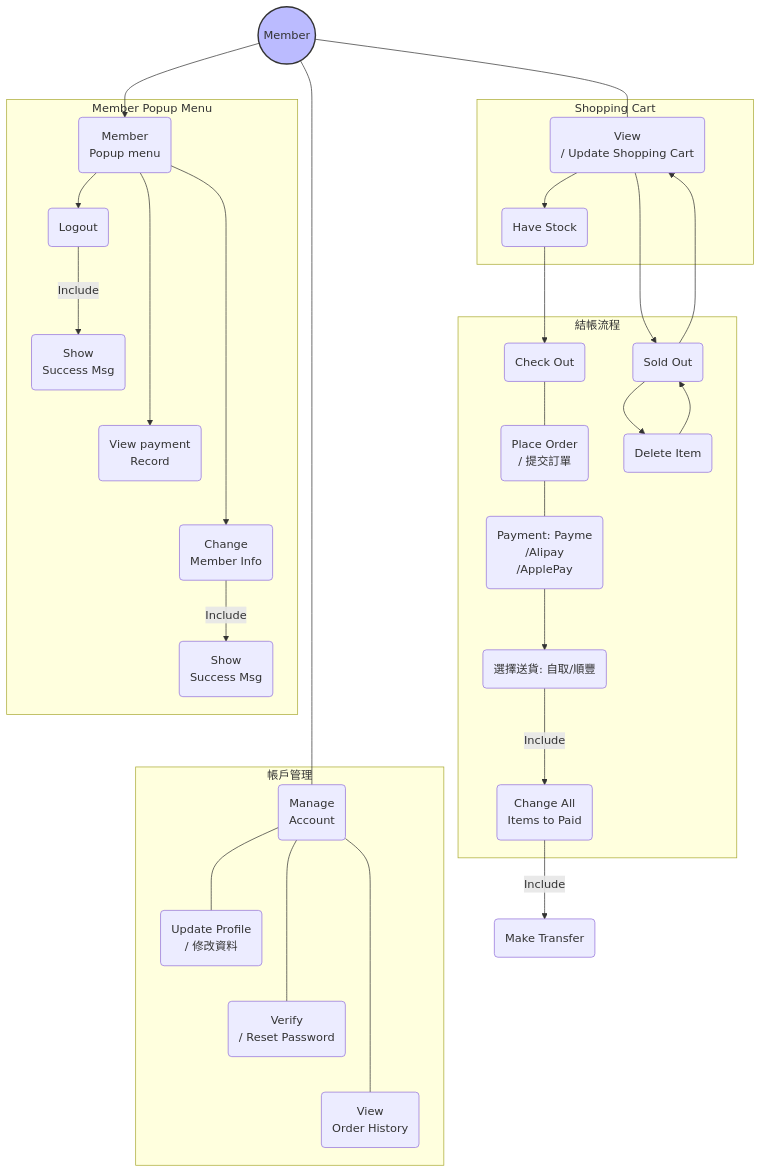
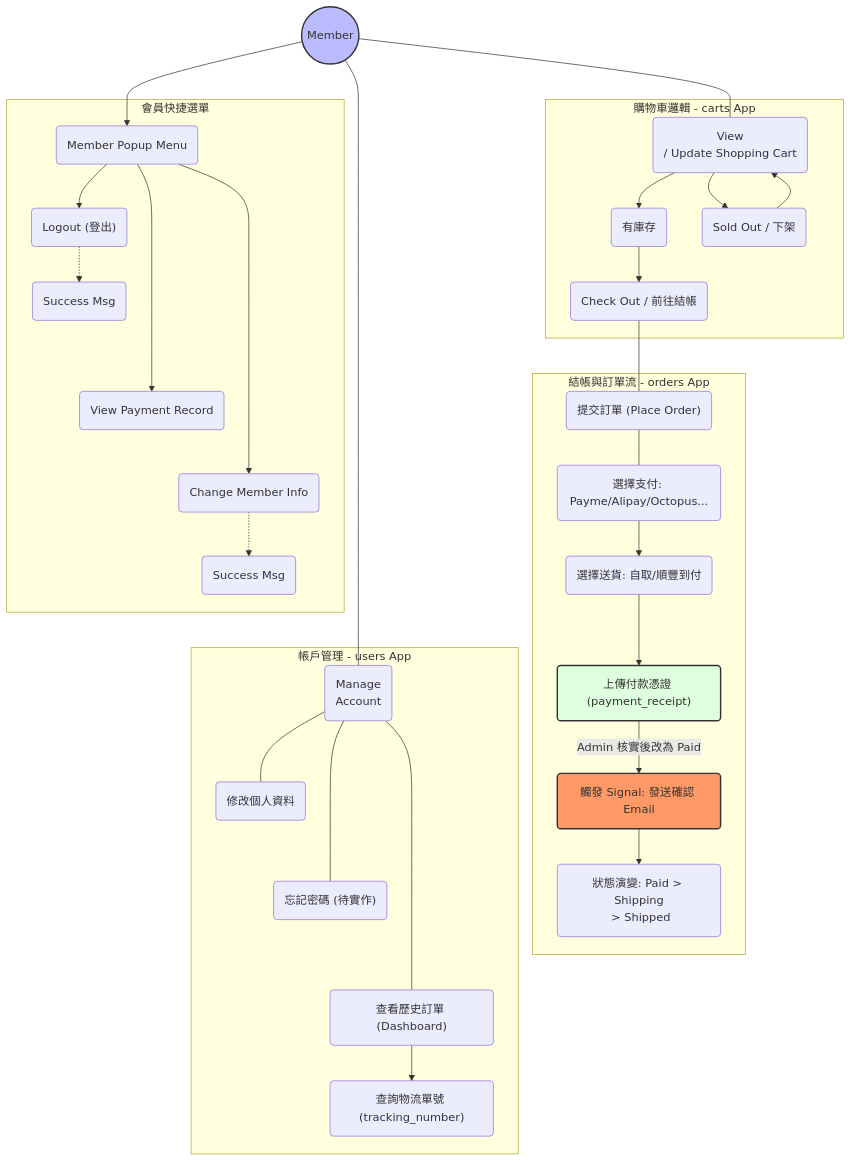
One commit to OscarLoOscar/django_ecommerce changed the third of 8 diagrams in python_django_project/UML_of_e-commerce.md. Above: the diagram before and after it, drawn with Mermaid. The commit also changed other lines of this file and 10 other files, not shown here.

Commit message:
update UML ,README

````diff
--- a/python_django_project/UML_of_e-commerce.md
+++ b/python_django_project/UML_of_e-commerce.md
@@ -83,37 +108,41 @@
 ```mermaid
-graph TB
+graph TD
     M((Member)) --- UC_VC(View <br/>/ Update Shopping Cart)
     M --------- UC_MA(Manage <br/>Account)
 
-    subgraph Checkout_Process [結帳流程]
-    UC_CO --- UC15(Place Order <br/>/ 提交訂單)
-    UC15 --- UC14("Payment: Payme<br/>/Alipay<br/>/ApplePay")
-    UC14 --> UC13("選擇送貨: 自取/順豐")
-    UC20 --> UC16("Delete Item") --> UC20
-    UC13 --Include--> UC17("Change All <br/>Items to "Paid"")
-    end
-    UC17 --Include-->UC18("Make Transfer")
-
-    subgraph Account_Management [帳戶管理]
-    UC_MA ----- UC11(View <br/>Order History)
-    UC_MA --- UC12(Update Profile <br/>/ 修改資料)
-    UC_MA ---- UC_VPW(Verify <br/>/ Reset Password)
+    subgraph Shopping_Cart [購物車邏輯 - carts App]
+    UC_VC --> UC19("有庫存")
+    UC_VC --> UC20("Sold Out / 下架") --> UC_VC
+    UC19 --> UC_CO("Check Out / 前往結帳")
     end
 
-    subgraph Shopping_Cart [Shopping Cart]
-    UC_VC --> UC19("Have Stock")
-    UC_VC --> UC20("Sold Out") --> UC_VC
-    UC19 --> UC_CO("Check Out")
+    subgraph Checkout_Process [結帳與訂單流 - orders App]
+    UC_CO --- UC15("提交訂單 (Place Order)")
+    UC15 --- UC14("選擇支付: Payme/Alipay/Octopus...")
+    UC14 --> UC13("選擇送貨: 自取/順豐到付")
+    UC13 --> UC_UPLOAD("上傳付款憑證 (payment_receipt)")
+
+    UC_UPLOAD -- "Admin 核實後改為 Paid" --> UC_SIGNAL("觸發 Signal: 發送確認 Email")
+    UC_SIGNAL --> UC_STATUS("狀態演變: Paid > Shipping<br> > Shipped")
     end
 
-    M --> UC21("Member <br/>Popup menu")
-    subgraph Member_Popup_menu [Member Popup Menu]
-    UC21 ----> UC22("View payment <br/>Record")
-    UC21 --> UC_23("Logout")
-    UC21 -----> UC24("Change <br/>Member Info")
-    UC24 --Include-->UC25("Show <br/>Success Msg")
-    UC_23 --Include-->UC26("Show <br/>Success Msg")
+    subgraph Account_Management [帳戶管理 - users App]
+    UC_MA ----- UC11("查看歷史訂單 (Dashboard)")
+    UC_MA --- UC12("修改個人資料")
+    UC_MA ---- UC_VPW("忘記密碼 (待實作)")
+    UC11 --> UC_TRACK("查詢物流單號 (tracking_number)")
+    end
+
+    M --> UC21("Member Popup Menu")
+    subgraph Member_Popup_menu [會員快捷選單]
+    UC21 ----> UC22("View Payment Record")
+    UC21 --> UC_23("Logout (登出)")
+    UC21 -----> UC24("Change Member Info")
+    UC24 -.-> UC25("Success Msg")
+    UC_23 -.-> UC26("Success Msg")
     end
 
     style M fill:#bbf,stroke:#333,stroke-width:2px
+    style UC_SIGNAL fill:#f96,stroke:#333,stroke-width:2px
+    style UC_UPLOAD fill:#dfd,stroke:#333,stroke-width:2px
 ```
````
